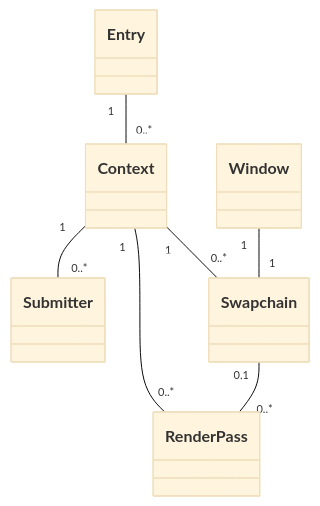
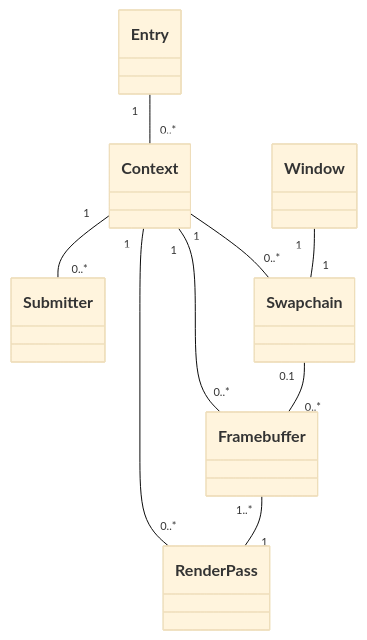
One commit to Tengu712/ash-2dgame-template changed the diagram in README.md. Above: the diagram before and after it, drawn with Mermaid (base theme).

````diff
--- a/README.md
+++ b/README.md
@@ -32,16 +32,19 @@
 ```mermaid
 classDiagram
     class Entry
     class Context
     class Submitter
     class RenderPass
     class Window
     class Swapchain
+    class Framebuffer
 
     Entry "1" -- "0..*" Context
     Context "1" -- "0..*" Submitter
     Context "1" -- "0..*" RenderPass
     Context "1" -- "0..*" Swapchain
+    Context "1" -- "0..*" Framebuffer
     Window "1" -- "1" Swapchain
-    Swapchain "0,1" -- "0..*" RenderPass
+    Swapchain "0,1" -- "0..*" Framebuffer
+    Framebuffer "1..*" -- "1" RenderPass
 ```
````
